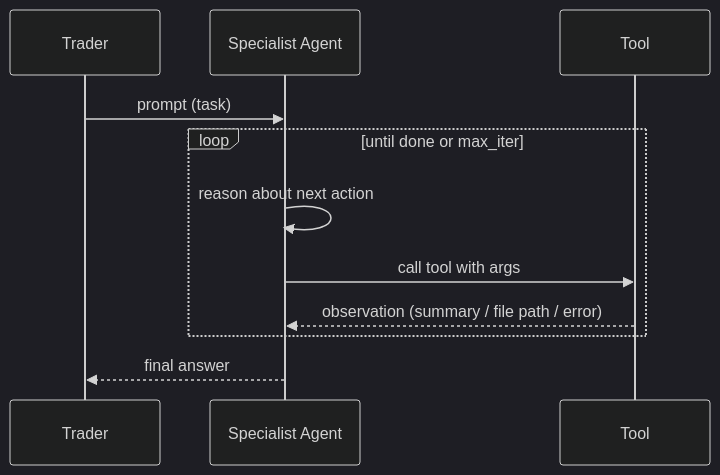
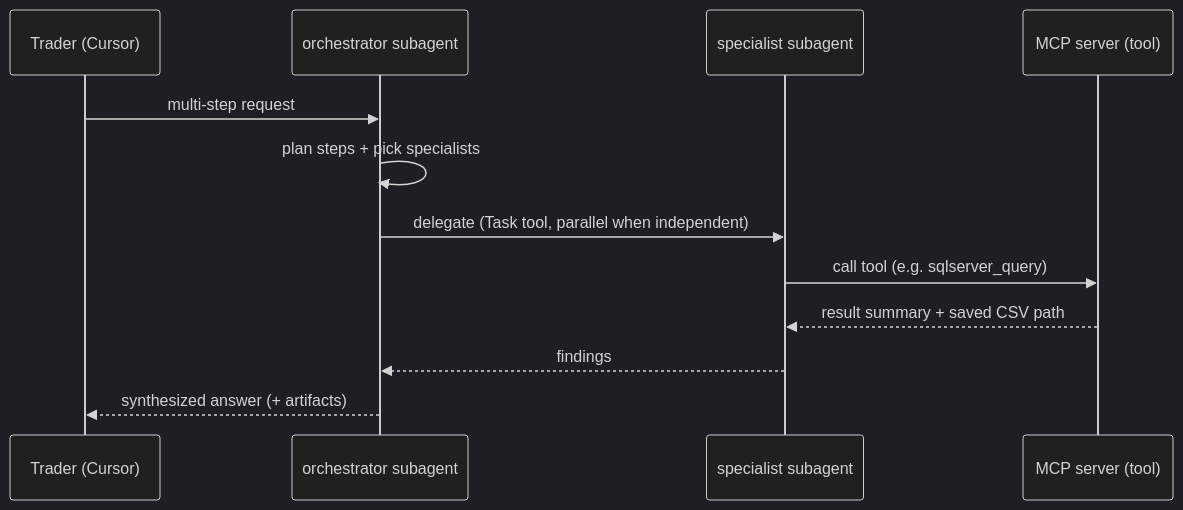
Before and after one commit to kevinle-sys/Desktop-Agent: the second of 2 diagrams in ARCHITECTURE.md, drawn with Mermaid (dark theme). The commit also changed other lines of this file and 32 other files, not shown here.

First line of the commit message:
Replace CrewAI with Cursor Subagents + MCP server

````diff
--- a/ARCHITECTURE.md
+++ b/ARCHITECTURE.md
@@ -62,13 +52,14 @@
 ```mermaid
 sequenceDiagram
-    participant U as Trader
-    participant A as Specialist Agent
-    participant T as Tool
-    U->>A: prompt (task)
-    loop until done or max_iter
-        A->>A: reason about next action
-        A->>T: call tool with args
-        T-->>A: observation (summary / file path / error)
-    end
-    A-->>U: final answer
+    participant U as Trader (Cursor)
+    participant O as orchestrator subagent
+    participant S as specialist subagent
+    participant M as MCP server (tool)
+    U->>O: multi-step request
+    O->>O: plan steps + pick specialists
+    O->>S: delegate (Task tool, parallel when independent)
+    S->>M: call tool (e.g. sqlserver_query)
+    M-->>S: result summary + saved CSV path
+    S-->>O: findings
+    O-->>U: synthesized answer (+ artifacts)
 ```
````
